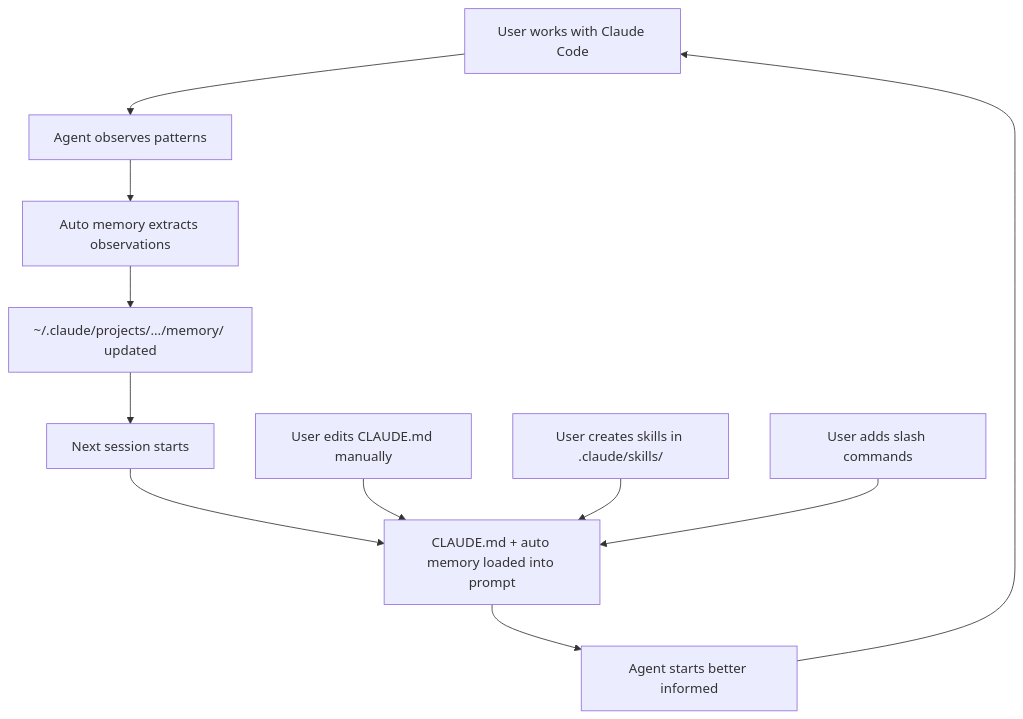
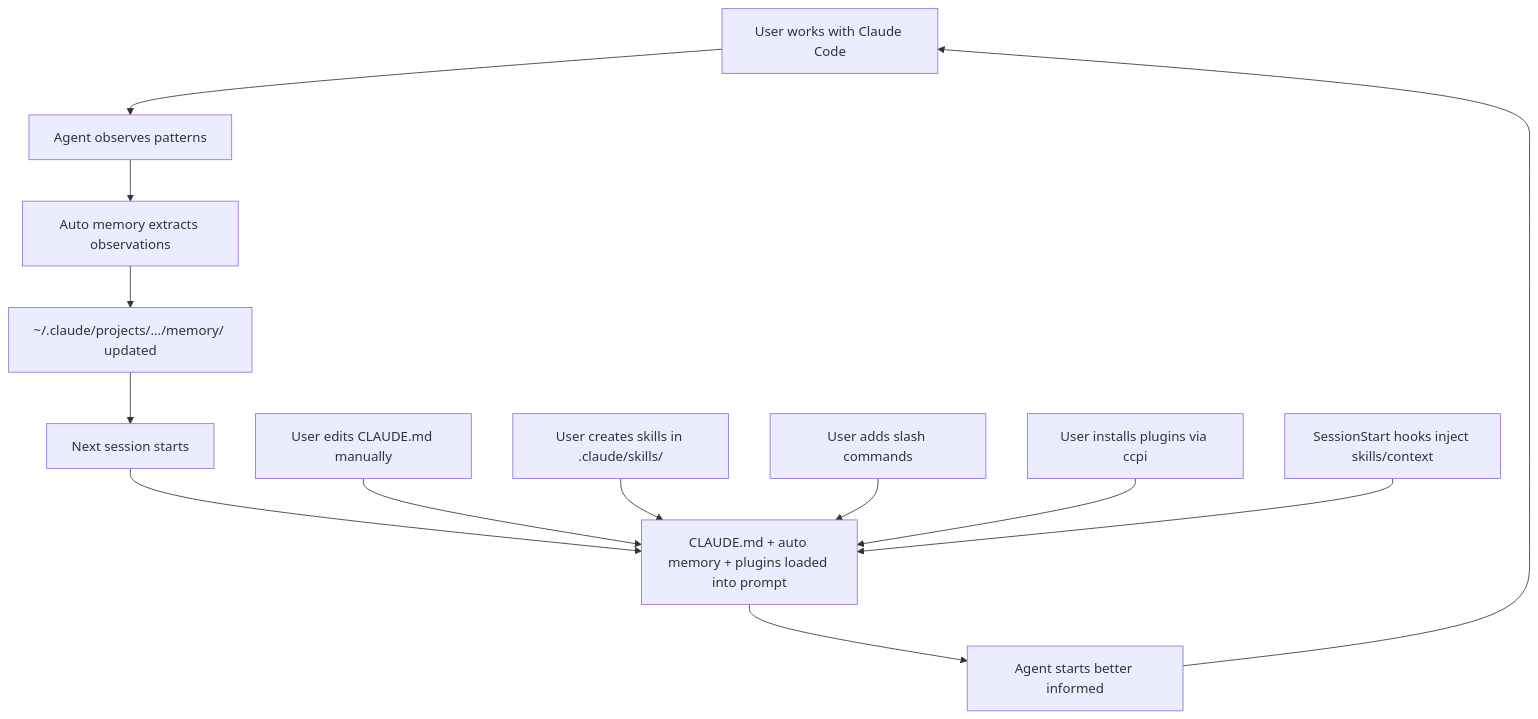
Before and after one commit to A7um/AgentEnvolveBook: the diagram in chapters/02_claude_code.md, drawn with Mermaid. The commit also changed other lines of this file and 1 other file, not shown here.

First line of the commit message:
Update Claude Code and Cursor chapters with May 2026 developments

````diff
--- a/chapters/02_claude_code.md
+++ b/chapters/02_claude_code.md
@@ -568,14 +665,16 @@
 ```mermaid
 graph TD
     A[User works with Claude Code] --> B[Agent observes patterns]
     B --> C[Auto memory extracts observations]
     C --> D["~/.claude/projects/.../memory/ updated"]
     D --> E[Next session starts]
-    E --> F[CLAUDE.md + auto memory loaded into prompt]
+    E --> F[CLAUDE.md + auto memory + plugins loaded into prompt]
     F --> G[Agent starts better informed]
     G --> A
 
     H[User edits CLAUDE.md manually] --> F
     I[User creates skills in .claude/skills/] --> F
     J[User adds slash commands] --> F
+    K[User installs plugins via ccpi] --> F
+    L[SessionStart hooks inject skills/context] --> F
 ```
````
